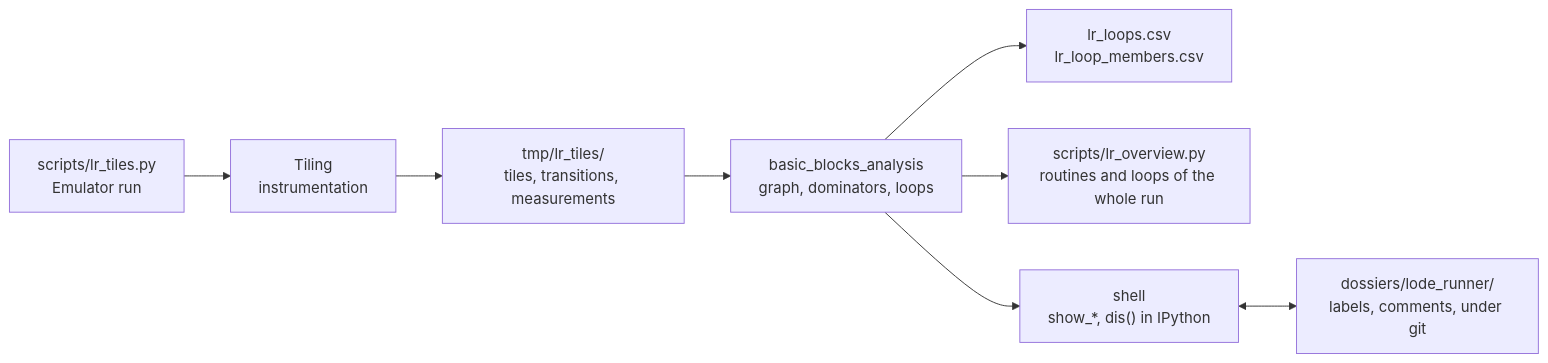
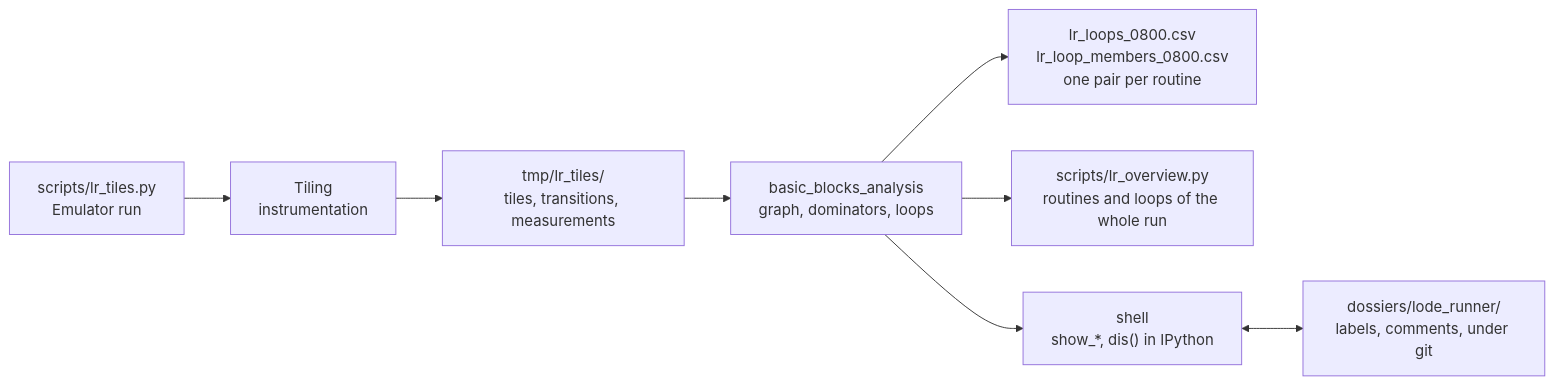
One commit to fschuhi/papple2 changed the fourth of 4 diagrams in README.md. Above: the diagram before and after it, drawn with Mermaid. The commit also changed other lines of this file and 4 other files, not shown here.

````diff
--- a/README.md
+++ b/README.md
@@ -163,10 +163,10 @@
 ```mermaid
 graph LR
     RUN["scripts/lr_tiles.py<br/>Emulator run"] --> TILING["Tiling<br/>instrumentation"]
     TILING --> REPORTS["tmp/lr_tiles/<br/>tiles, transitions, measurements"]
     REPORTS --> BBA["basic_blocks_analysis<br/>graph, dominators, loops"]
-    BBA --> LOOPS["lr_loops.csv<br/>lr_loop_members.csv"]
+    BBA --> LOOPS["lr_loops_0800.csv<br/>lr_loop_members_0800.csv<br/>one pair per routine"]
     BBA --> OVERVIEW["scripts/lr_overview.py<br/>routines and loops of the whole run"]
     BBA --> SHELL["shell<br/>show_*, dis() in IPython"]
     SHELL <--> DOSSIER["dossiers/lode_runner/<br/>labels, comments, under git"]
 ```
````
